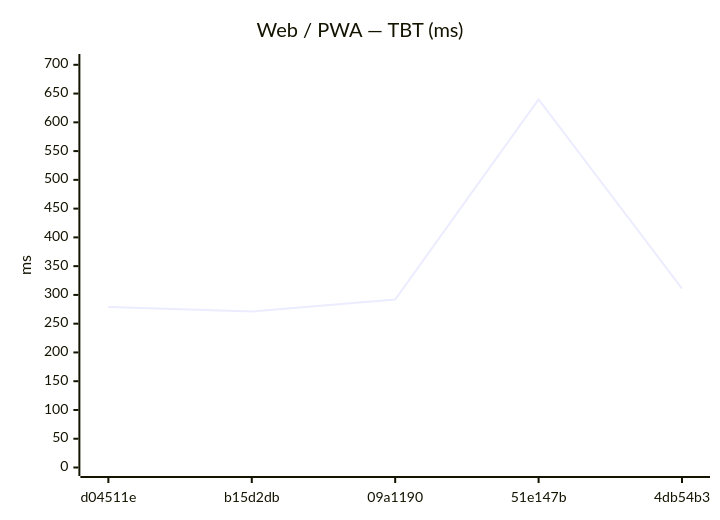
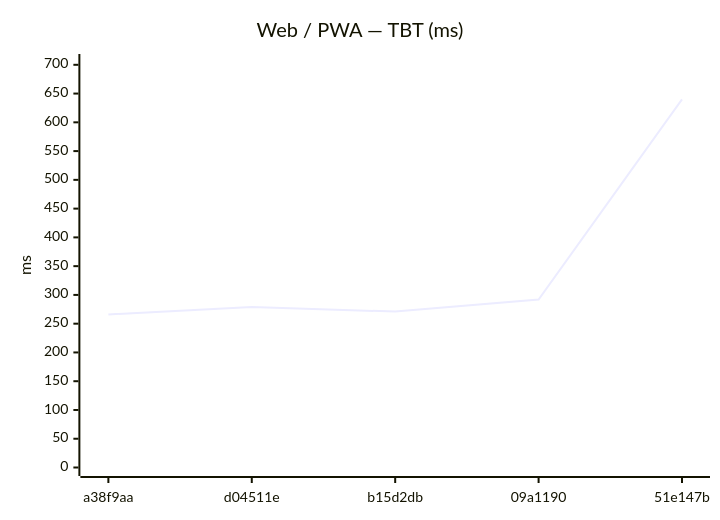
Before and after one commit to Metaheurist/Rianell: the eighth of 18 diagrams in benchmarks/compare.md, drawn with Mermaid. The commit also changed other lines of this file and 11 other files, not shown here.

````diff
--- a/benchmarks/compare.md
+++ b/benchmarks/compare.md
@@ -124,7 +124,7 @@
 ```mermaid
 xychart-beta
     title "Web / PWA — TBT (ms)"
-    x-axis ["d04511e", "b15d2db", "09a1190", "51e147b", "4db54b3"]
+    x-axis ["a38f9aa", "d04511e", "b15d2db", "09a1190", "51e147b"]
     y-axis "ms" 0 --> 704
-    line [279, 271, 292, 640, 311]
+    line [266, 279, 271, 292, 640]
 ```
````
